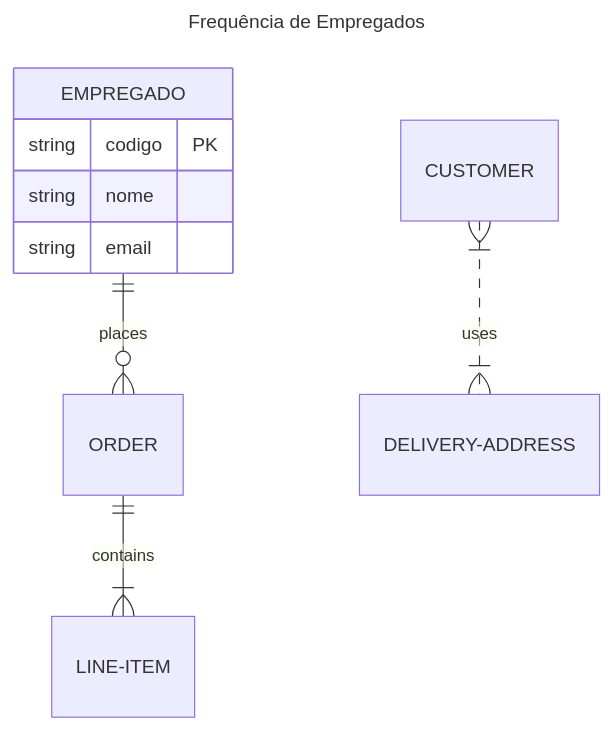
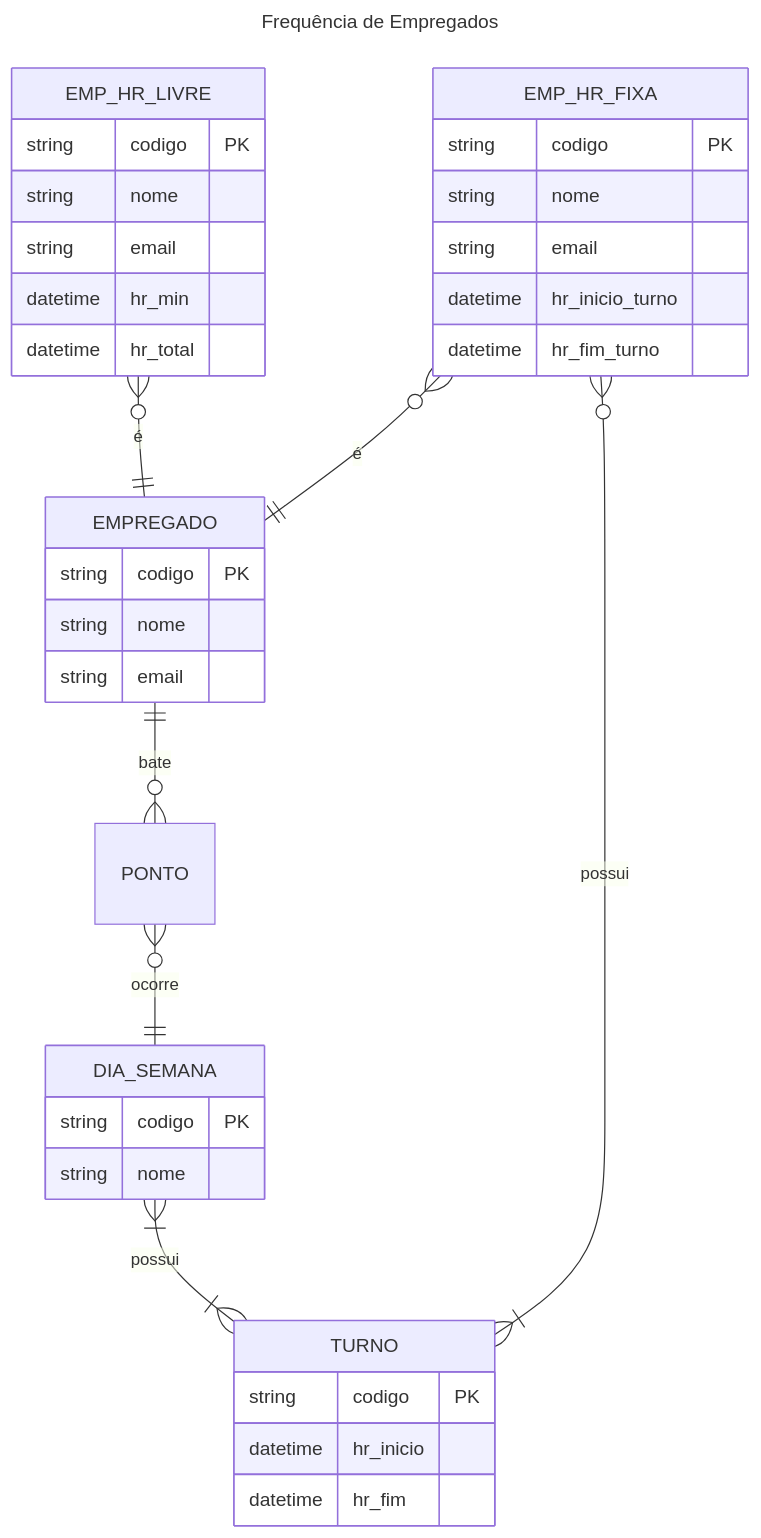
Before and after one commit to tacianosilva/bsi-tasks: the diagram in database/20252/tarefas/MoisesLuc/tarefa01.md, drawn with Mermaid.

Commit message:
Finaliza seção e.

````diff
--- a/database/20252/tarefas/MoisesLuc/tarefa01.md
+++ b/database/20252/tarefas/MoisesLuc/tarefa01.md
@@ -15,14 +15,49 @@
 ```mermaid
 ---
 title: Frequência de Empregados
 ---
 erDiagram
-    EMPREGADO ||--o{ ORDER : places
     EMPREGADO {
         string codigo PK
         string nome
         string email
     }
-    ORDER ||--|{ LINE-ITEM : contains
-    CUSTOMER }|..|{ DELIVERY-ADDRESS : uses
+    
+    EMP_HR_LIVRE {
+        string codigo PK
+        string nome
+        string email
+        datetime hr_min
+        datetime hr_total
+    }
+    
+    EMP_HR_FIXA {
+        string codigo PK
+        string nome
+        string email
+        datetime hr_inicio_turno
+        datetime hr_fim_turno
+    }
+
+    PONTO {
+
+    }
+
+    TURNO {
+        string codigo PK
+        datetime hr_inicio
+        datetime hr_fim
+    }
+
+    DIA_SEMANA {
+        string codigo PK
+        string nome
+    }
+
+    EMPREGADO ||--o{ PONTO : bate
+    EMP_HR_LIVRE }o--|| EMPREGADO : é
+    EMP_HR_FIXA }o--|| EMPREGADO : é
+    EMP_HR_FIXA }o--|{ TURNO : possui
+    PONTO }o--|| DIA_SEMANA : ocorre
+    DIA_SEMANA }|--|{ TURNO : possui
 ```
````
